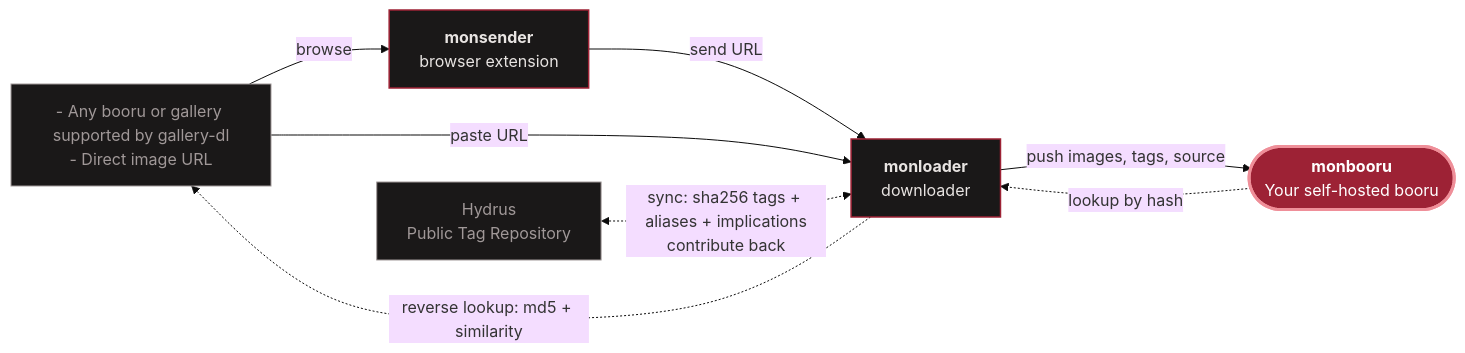
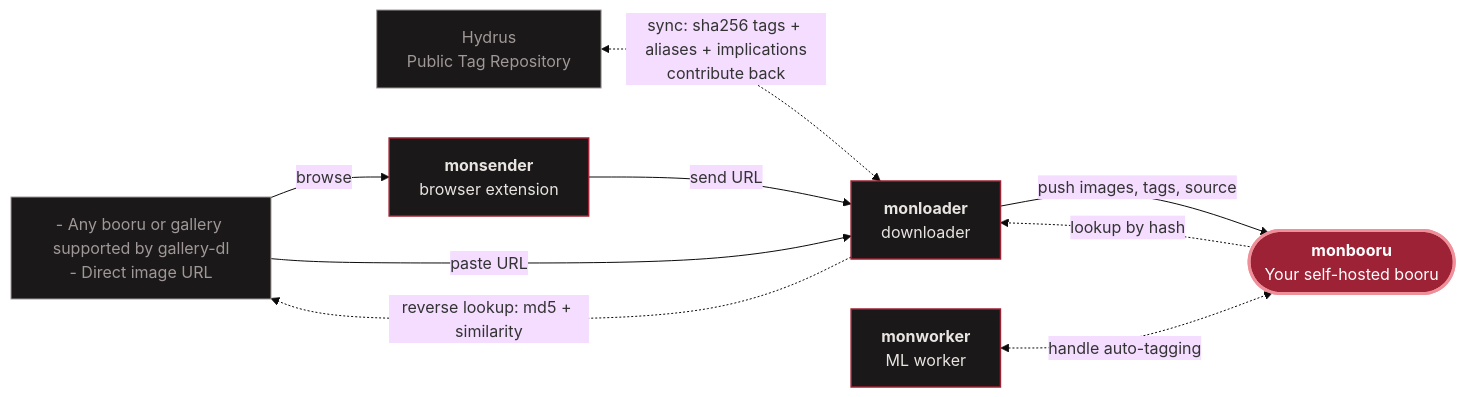
Before and after one commit to monbooru/monbooru: the diagram in README.md, drawn with Mermaid (base theme). The commit also changed other lines of this file, not shown here.

Commit message:
docs(readme): describe monworker as the ML worker

````diff
--- a/README.md
+++ b/README.md
@@ -104,37 +104,40 @@
 ```mermaid
 ---
 config:
   layout: dagre
   flowchart:
     wrappingWidth: 200
 ---
 flowchart LR
     web["`- Any booru or gallery supported by gallery-dl
 - Direct image URL`"]
     ptr["`Hydrus
 Public Tag Repository`"]
     sender["`**monsender**
 browser extension`"]
     loader["`**monloader**
 downloader`"]
     booru(["`**monbooru**
 Your self-hosted booru`"])
+    worker["`**monworker**
+ML worker`"]
 
     web -->|browse| sender
     sender -->|send URL| loader
     web -->|paste URL| loader
     loader -->|push images, tags, source| booru
 
     booru -.->|lookup by hash| loader
     loader -.->|reverse lookup: md5 + similarity| web
     ptr <-.->|"`sync: sha256 tags + aliases + implications
 contribute back`"| loader
+    worker <-.->|handle auto-tagging| booru
 
     classDef hub  fill:#9d2235,stroke:#ef8f99,stroke-width:3px,color:#ffffff;
     classDef tool fill:#1a1818,stroke:#9d2235,stroke-width:1.5px,color:#e8e4e2;
     classDef src  fill:#1a1818,stroke:#a09898,stroke-width:1px,color:#a09898;
 
     class booru hub;
-    class sender,loader tool;
+    class sender,loader,worker tool;
     class web,ptr src;
 ```
````
